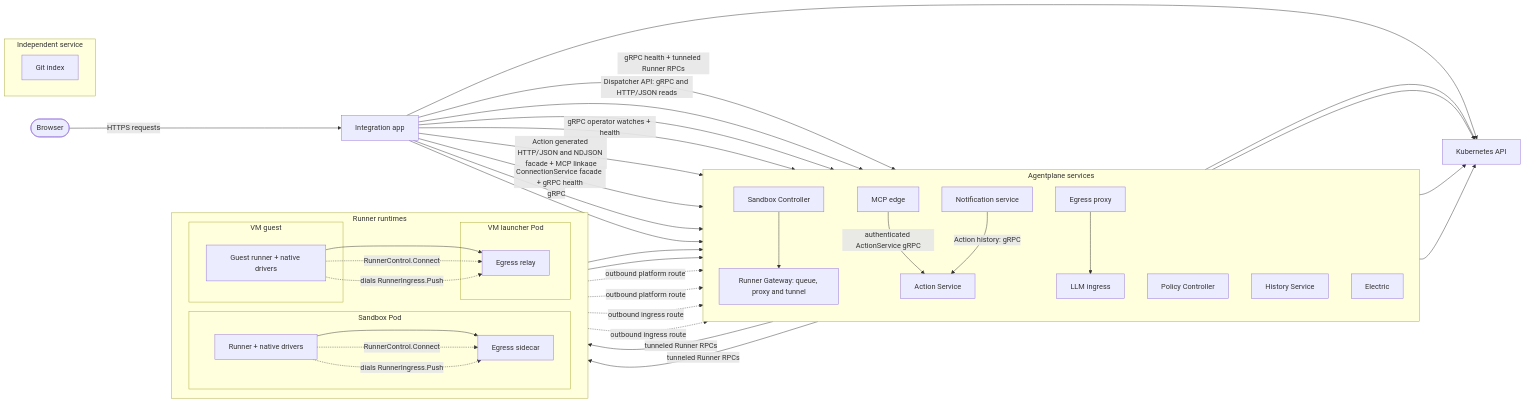
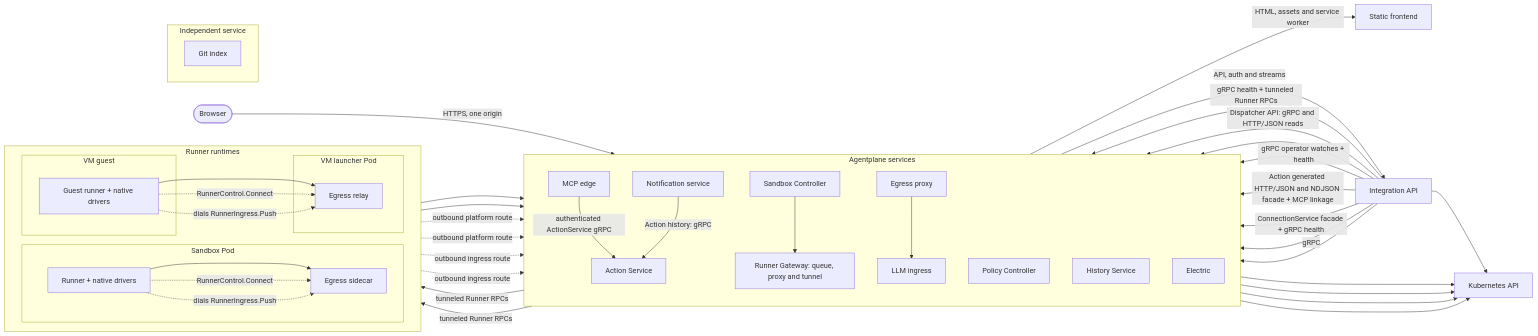
The diagram in agentplane/README.md (agentydragon-agent/ducktape), drawn with Mermaid before and after one commit. The commit also changed other lines of this file and 17 other files, not shown here.

````diff
--- a/agentplane/README.md
+++ b/agentplane/README.md
@@ -50,7 +50,9 @@
 ```mermaid
 flowchart LR
     browser([Browser])
-    app[Integration app]
+    edge[HTTPS Gateway]
+    frontend[Static frontend]
+    app[Integration API]
     subgraph services[Agentplane services]
         direction TB
         gw[Runner Gateway: queue, proxy and tunnel]
@@ -83,7 +85,9 @@
         index[Git index]
     end
 
-    browser -->|HTTPS requests| app
+    browser -->|HTTPS, one origin| edge
+    edge -->|HTML, assets and service worker| frontend
+    edge -->|API, auth and streams| app
     app -->|gRPC health + tunneled Runner RPCs| gw
     app -->|Dispatcher API: gRPC and HTTP/JSON reads| gw
     app --> hs
````
